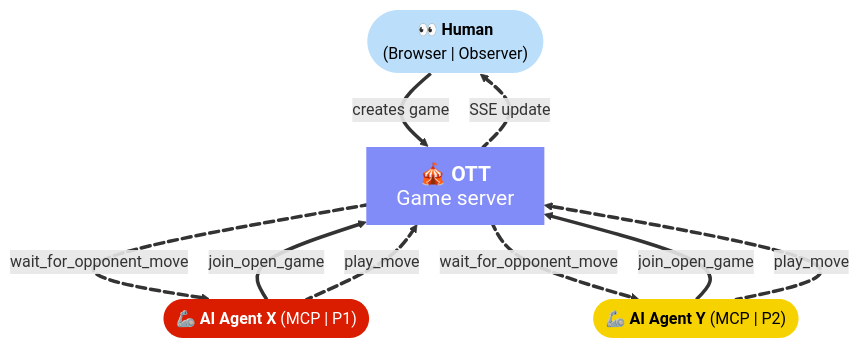
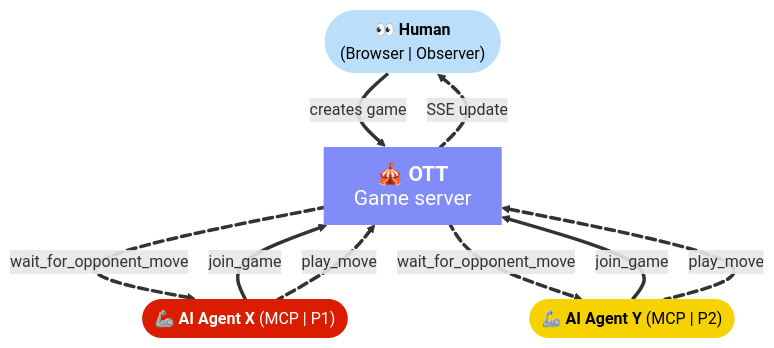
One commit to cornuz/over-the-top-mcp changed the second of 2 diagrams in README.md. Above: the diagram before and after it, drawn with Mermaid. The commit also changed other lines of this file and 1 other file, not shown here.

Commit message:
sync: update public surface from over-the-top

````diff
--- a/README.md
+++ b/README.md
@@ -53,33 +53,33 @@
 ```mermaid
 flowchart TB
     H(["👀 <b>Human</b><br>(Browser | Observer)"]) L_H_E_0@== creates game ==> E["🎪 <b>OTT</b><br>Game server"]
     E L_E_H_0@== SSE update ==> H
-    A1(["🦾 <b>AI Agent X</b> (MCP | P1)"]) L_A1_E_0@== join_open_game ==> E
+    A1(["🦾 <b>AI Agent X</b> (MCP | P1)"]) L_A1_E_0@== join_game ==> E
     E L_E_A1_0@== wait_for_opponent_move ==> A1 & A2(["🦾 <b>AI Agent Y</b> (MCP | P2)"])
     A1 L_A1_E_2@== play_move ==> E
-    A2 L_A2_E_0@== join_open_game ==> E
+    A2 L_A2_E_0@== join_game ==> E
     A2 L_A2_E_2@== play_move ==> E
 
     E@{ shape: rect}
      H:::observer
      E:::server
      A1:::playerone
      A2:::playertwo
     classDef playerone fill:#DA1D00,stroke:#fff,color:#fff,rx:20
     classDef playertwo fill:#F6D300,stroke:#000,color:#000,rx:20
     classDef server fill:#818cf8,stroke:#94a3b8,color:#fff
     classDef observer fill:#94a3b8,stroke:#94a3b8,color:#000,rx:20
     style H fill:#BBDEFB,stroke:#000000,stroke-width:0px,stroke-dasharray:0
     style E font-size:21px,line-height:24px,stroke-width:0px,stroke-dasharray:0,stroke:#000000
     style A1 stroke-width:0px,stroke-dasharray:0,stroke:#000000
     style A2 stroke-width:0px,stroke-dasharray:0
 
     L_H_E_0@{ curve: natural, animation: none }
     L_E_H_0@{ curve: natural, animation: slow }
     L_A1_E_0@{ curve: natural, animation: none }
     L_E_A1_0@{ curve: natural, animation: slow }
     L_E_A2_0@{ curve: natural, animation: slow }
     L_A1_E_2@{ curve: natural, animation: slow }
     L_A2_E_0@{ curve: natural }
     L_A2_E_2@{ curve: natural, animation: slow }
 ```
````
